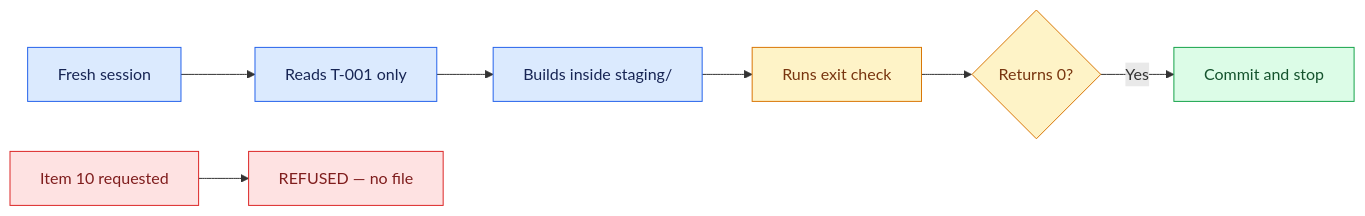
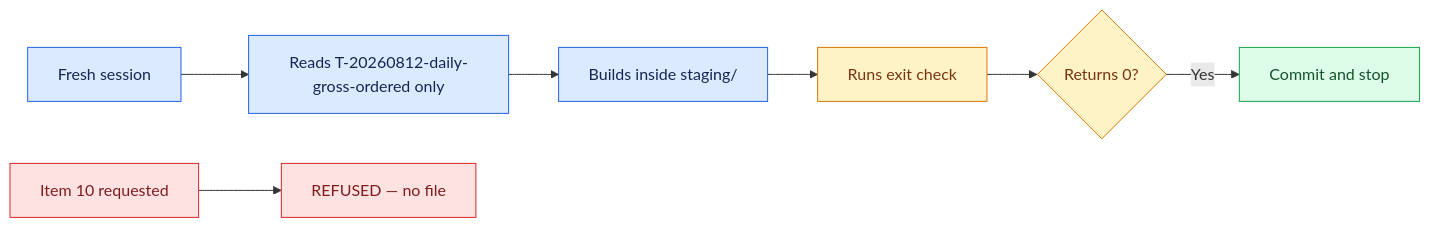
One commit to emersonnaka/uc-transact-co changed the diagram in live/d3/06-execute-one.md. Above: the diagram before and after it, drawn with Mermaid. The commit also changed other lines of this file and 42 other files, not shown here.

````diff
--- a/live/d3/06-execute-one.md
+++ b/live/d3/06-execute-one.md
@@ -18,18 +18,18 @@
 ```mermaid
 flowchart LR
-    A[Fresh session] --> B[Reads T-001 only]
+    A[Fresh session] --> B[Reads T-20260812-daily-gross-ordered only]
     B --> C[Builds inside staging/]
     C --> D[Runs exit check]
     D --> E{Returns 0?}
     E -->|Yes| F[Commit and stop]
     G[Item 10 requested] --> H[REFUSED — no file]
 
     classDef build fill:#DBEAFE,stroke:#2563EB,color:#172554
     classDef gate fill:#FEF3C7,stroke:#D97706,color:#78350F
     classDef pass fill:#DCFCE7,stroke:#16A34A,color:#14532D
     classDef stop fill:#FEE2E2,stroke:#DC2626,color:#7F1D1D
     class A,B,C build
     class D,E gate
     class F pass
     class G,H stop
 ```
````
